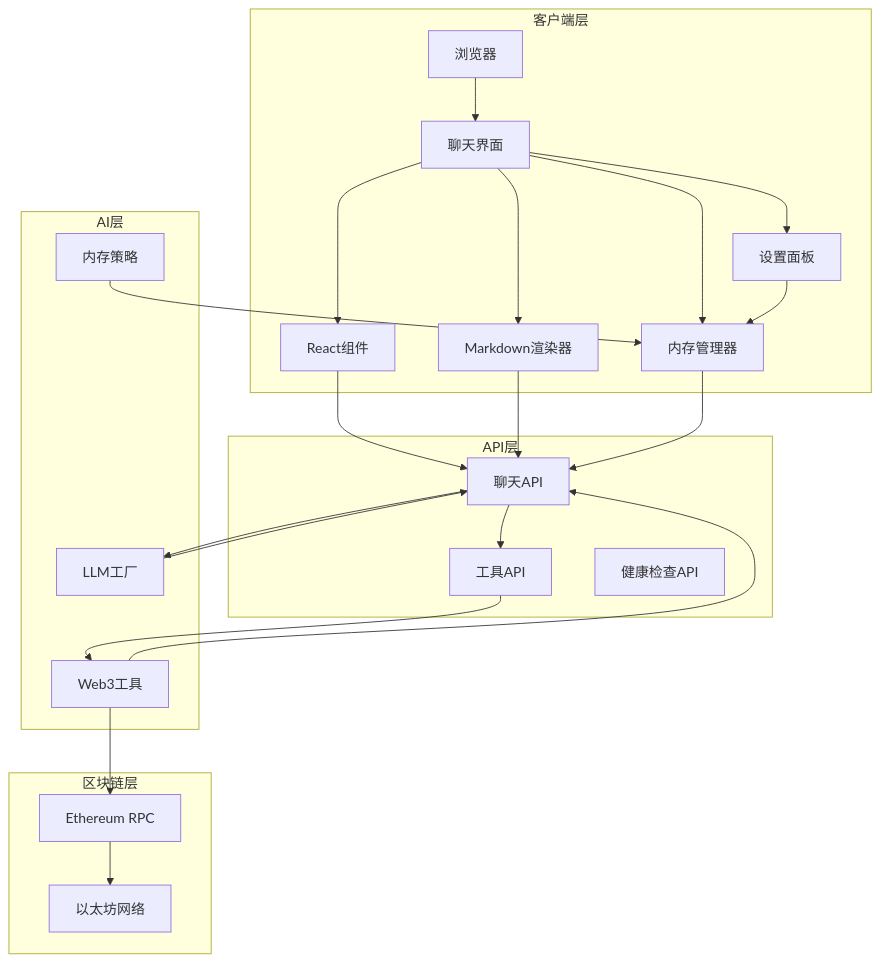
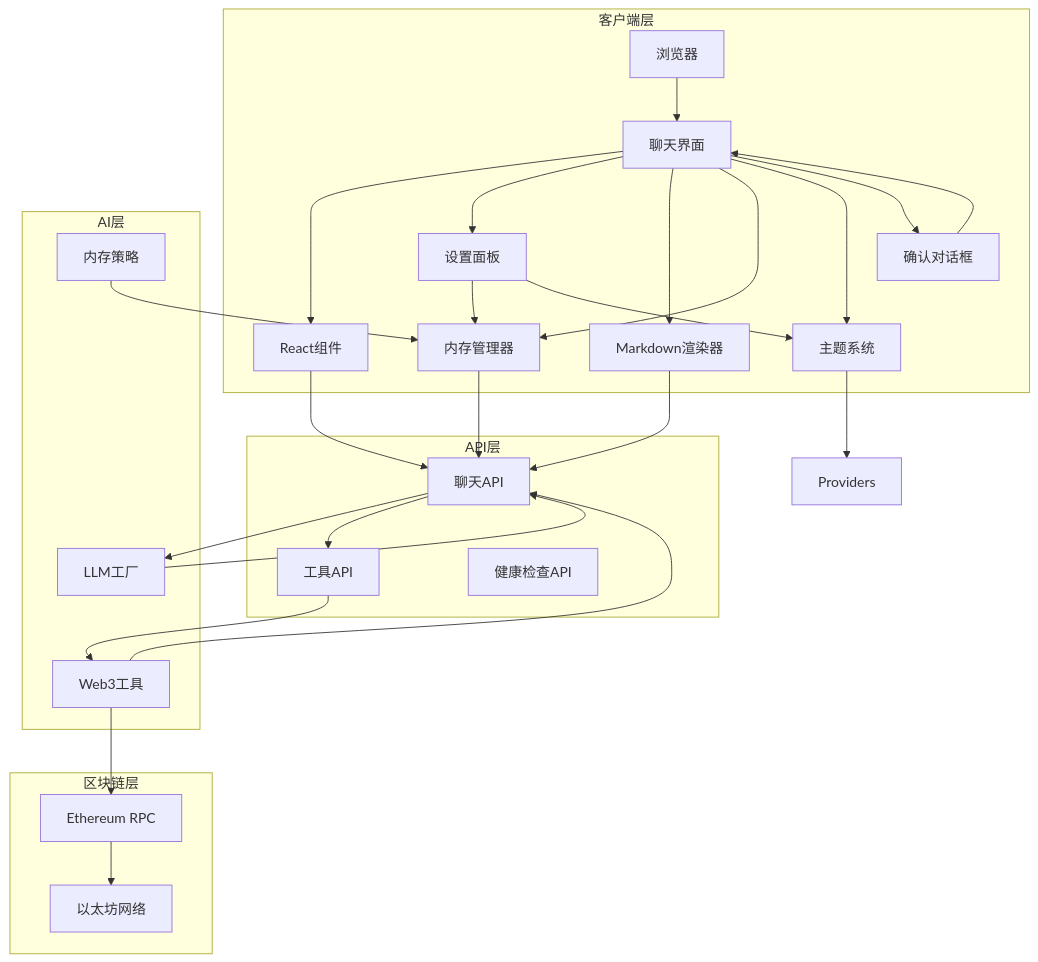
The fourth of 23 diagrams in .qoder/repowiki/zh/content/项目概述/整体架构概览/Web应用程序/Web应用程序.md (CryptoLinxu/Web3-AI-Agent), drawn with Mermaid before and after one commit. The commit also changed other lines of this file and 18 other files, not shown here.

````diff
--- a/.qoder/repowiki/zh/content/项目概述/整体架构概览/Web应用程序/Web应用程序.md
+++ b/.qoder/repowiki/zh/content/项目概述/整体架构概览/Web应用程序/Web应用程序.md
@@ -186,42 +198,49 @@
 ```mermaid
 graph TB
 subgraph "客户端层"
 Browser[浏览器]
 ChatUI[聊天界面]
 Components[React组件]
 SettingsPanel[设置面板]
 MarkdownRenderer[Markdown渲染器]
 MemoryManager[内存管理器]
+ThemeSystem[主题系统]
+ConfirmDialog[确认对话框]
 end
 subgraph "API层"
 ChatAPI[聊天API]
 ToolsAPI[工具API]
 HealthAPI[健康检查API]
 end
 subgraph "AI层"
 LLMFactory[LLM工厂]
 Tools[Web3工具]
 MemoryStrategies[内存策略]
 end
 subgraph "区块链层"
 EthereumRPC[Ethereum RPC]
 BlockChain[以太坊网络]
 end
 Browser --> ChatUI
 ChatUI --> Components
 ChatUI --> SettingsPanel
 ChatUI --> MarkdownRenderer
 ChatUI --> MemoryManager
+ChatUI --> ThemeSystem
+ChatUI --> ConfirmDialog
 Components --> ChatAPI
 SettingsPanel --> MemoryManager
+SettingsPanel --> ThemeSystem
 MarkdownRenderer --> ChatAPI
 MemoryManager --> ChatAPI
+ThemeSystem --> Providers
+ConfirmDialog --> ChatUI
 ChatAPI --> LLMFactory
 ChatAPI --> ToolsAPI
 ToolsAPI --> Tools
 Tools --> EthereumRPC
 EthereumRPC --> BlockChain
 LLMFactory --> ChatAPI
 Tools --> ChatAPI
 MemoryStrategies --> MemoryManager
 ```
````
